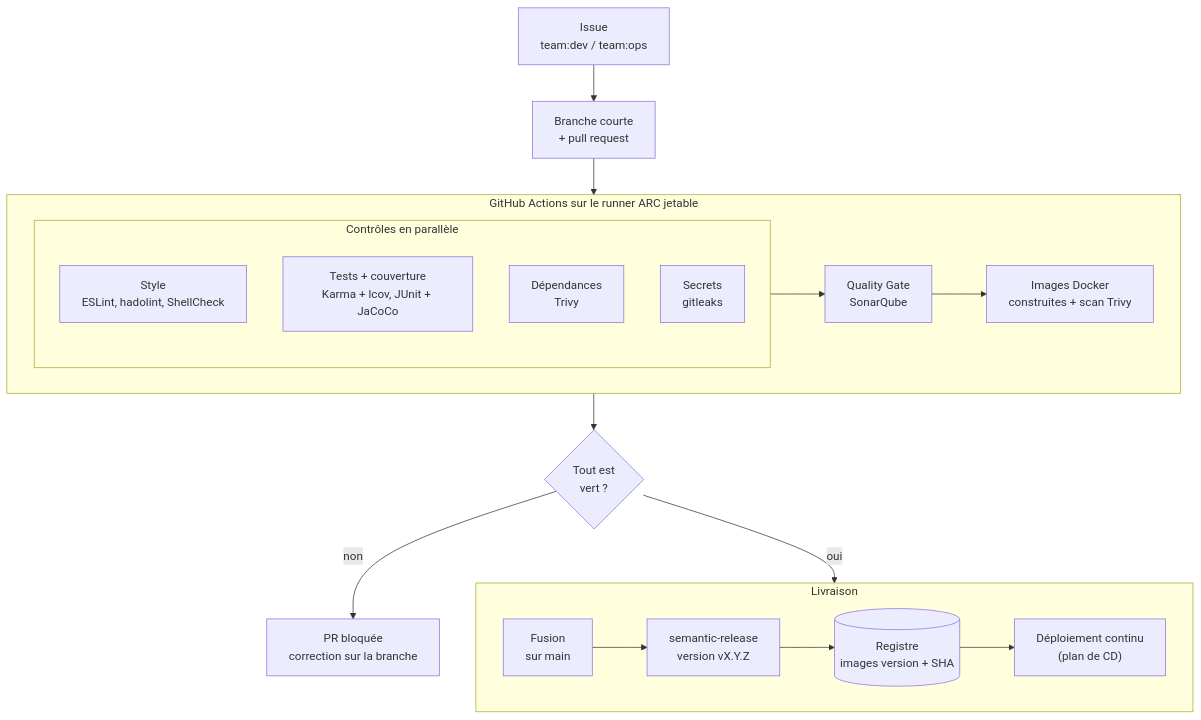
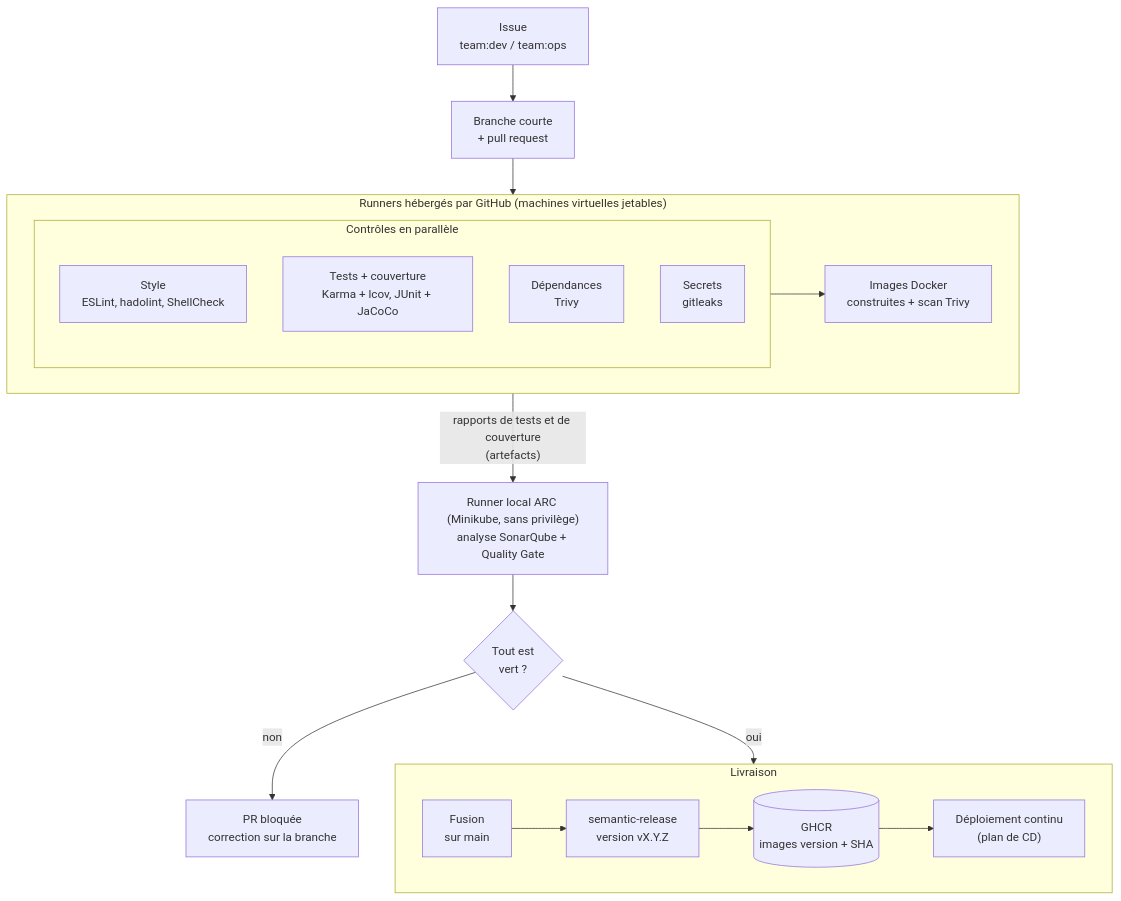
One commit to yohanbouchet/orion changed the second of 2 diagrams in docs/02-normalisation-plan-ci.md. Above: the diagram before and after it, drawn with Mermaid. The commit also changed other lines of this file and 1 other file, not shown here.

Commit message:
docs(normalisation): sépare runners hébergés et runner local non privilégié

````diff
--- a/docs/02-normalisation-plan-ci.md
+++ b/docs/02-normalisation-plan-ci.md
@@ -178,27 +182,28 @@
 ```mermaid
 flowchart TB
     issue["Issue<br/>team:dev / team:ops"] --> pr["Branche courte<br/>+ pull request"]
-    pr --> runner
-    subgraph runner["GitHub Actions sur le runner ARC jetable"]
+    pr --> hosted
+    subgraph hosted["Runners hébergés par GitHub (machines virtuelles jetables)"]
         direction LR
         subgraph checks["Contrôles en parallèle"]
             direction TB
             lint["Style<br/>ESLint, hadolint, ShellCheck"]
             tests["Tests + couverture<br/>Karma + lcov, JUnit + JaCoCo"]
             sca["Dépendances<br/>Trivy"]
             secrets["Secrets<br/>gitleaks"]
         end
-        qg["Quality Gate<br/>SonarQube"]
         img["Images Docker<br/>construites + scan Trivy"]
-        checks --> qg --> img
+        checks --> img
     end
-    runner --> ok{"Tout est<br/>vert ?"}
+    hosted -->|"rapports de tests et de couverture<br/>(artefacts)"| qg
+    qg["Runner local ARC (Minikube, sans privilège)<br/>analyse SonarQube + Quality Gate"]
+    qg --> ok{"Tout est<br/>vert ?"}
     ok -->|non| bloque["PR bloquée<br/>correction sur la branche"]
     ok -->|oui| livraison
     subgraph livraison["Livraison"]
         direction LR
         merge["Fusion<br/>sur main"] --> rel["semantic-release<br/>version vX.Y.Z"]
-        rel --> reg[("Registre<br/>images version + SHA")]
+        rel --> reg[("GHCR<br/>images version + SHA")]
         reg --> cd["Déploiement continu<br/>(plan de CD)"]
     end
 ```
````
